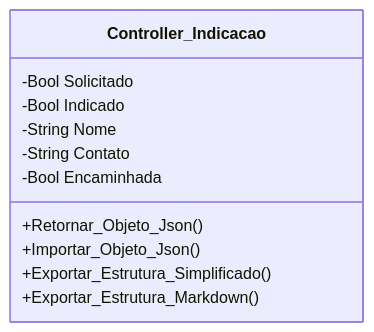
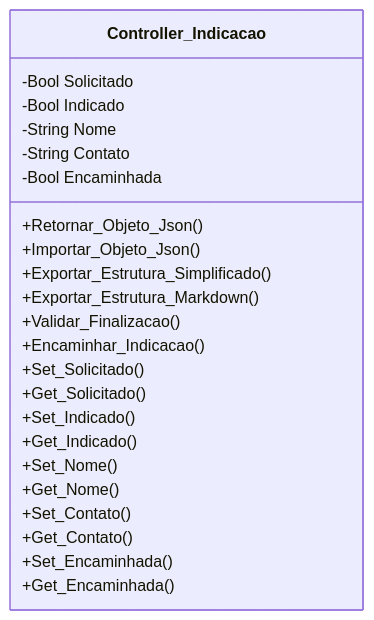
One commit to ETECC-Telecom/ValtObsidian-Script-Moto changed the diagram in DOCUMENTOS/Classe - Indicação.md. Above: the diagram before and after it, drawn with Mermaid. The commit also changed other lines of this file and 4 other files, not shown here.

````diff
--- a/DOCUMENTOS/Classe - Indicação.md
+++ b/DOCUMENTOS/Classe - Indicação.md
@@ -45,15 +54,28 @@
 ```mermaid
 classDiagram
     class Controller_Indicacao{
 		-Bool Solicitado
 		-Bool Indicado
 		-String Nome
 		-String Contato
 		-Bool Encaminhada
       
 		+Retornar_Objeto_Json()
 		+Importar_Objeto_Json()
 		+Exportar_Estrutura_Simplificado()
 		+Exportar_Estrutura_Markdown()
+		+Validar_Finalizacao()
+		
+		+Encaminhar_Indicacao()
+		+Set_Solicitado()
+		+Get_Solicitado()
+		+Set_Indicado()
+		+Get_Indicado()
+		+Set_Nome()
+		+Get_Nome()
+		+Set_Contato()
+		+Get_Contato()
+		+Set_Encaminhada()
+		+Get_Encaminhada()
     }
 ```
````
